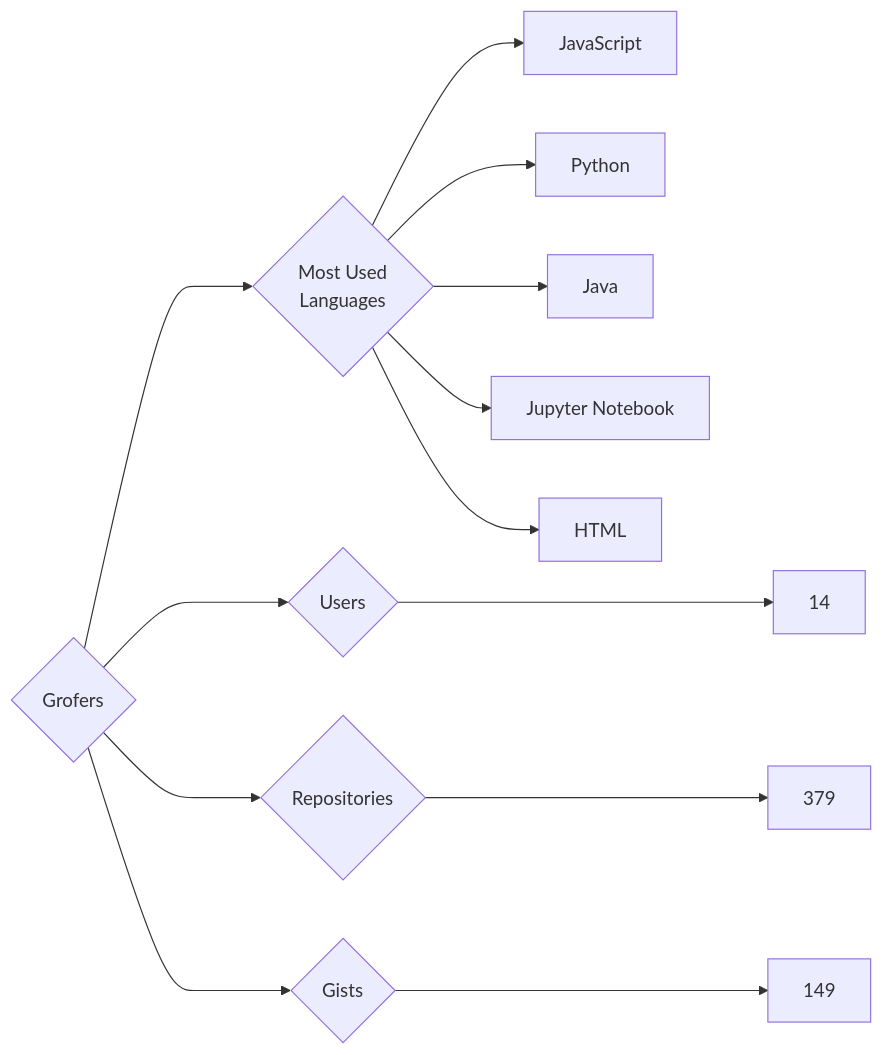
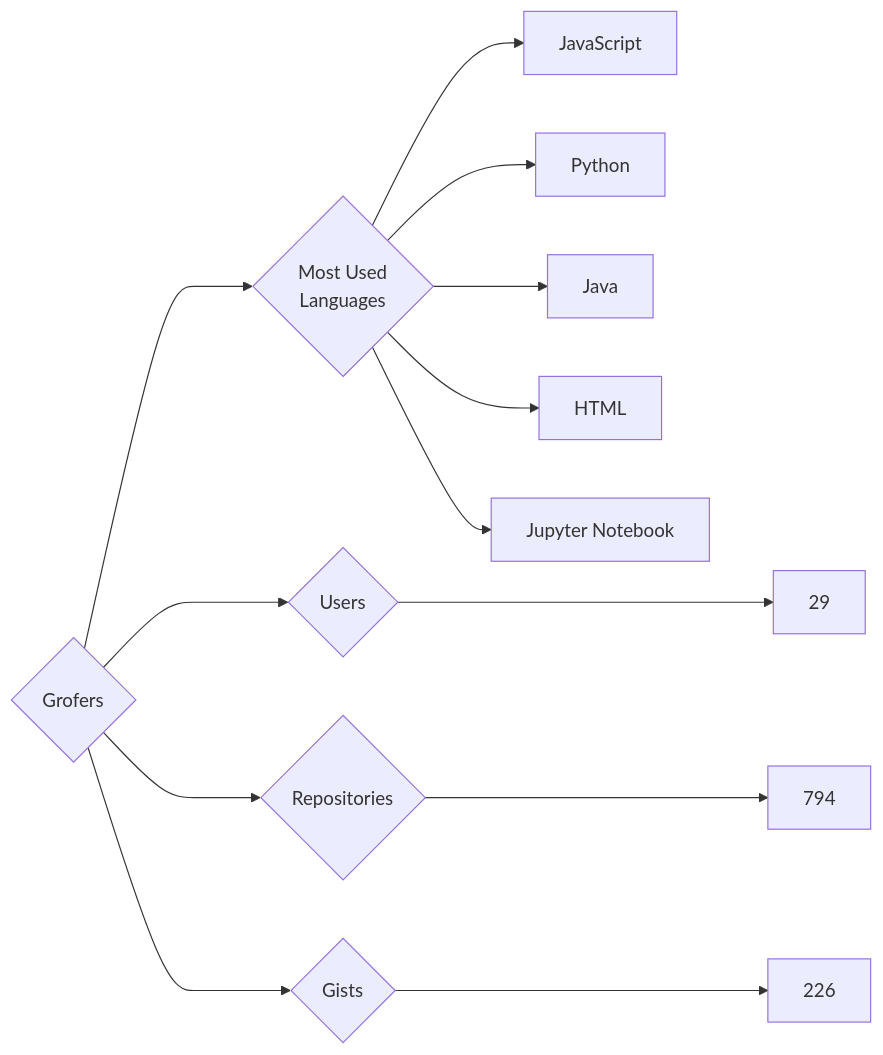
The diagram in targets/Grofers/README.md (trickest/insiders), drawn with Mermaid before and after one commit. The commit also changed 951 other files, not shown here.

````diff
--- a/targets/Grofers/README.md
+++ b/targets/Grofers/README.md
@@ -3,13 +3,13 @@
 ```mermaid
 graph LR
 COMPANY_NAME{Grofers}
-COMPANY_NAME ---> U{Users} ---> UN[14]
-COMPANY_NAME ---> R{Repositories} ---> RN[379]
-COMPANY_NAME ---> G{Gists} ---> GN[149]
+COMPANY_NAME ---> U{Users} ---> UN[29]
+COMPANY_NAME ---> R{Repositories} ---> RN[794]
+COMPANY_NAME ---> G{Gists} ---> GN[226]
 COMPANY_NAME ---> ML{Most Used<br>Languages}
 ML --> JavaScript[JavaScript]
 ML --> Python[Python]
 ML --> Java[Java]
+ML --> HTML[HTML]
 ML --> Jupyter_Notebook[Jupyter Notebook]
-ML --> HTML[HTML]
 ```
````
